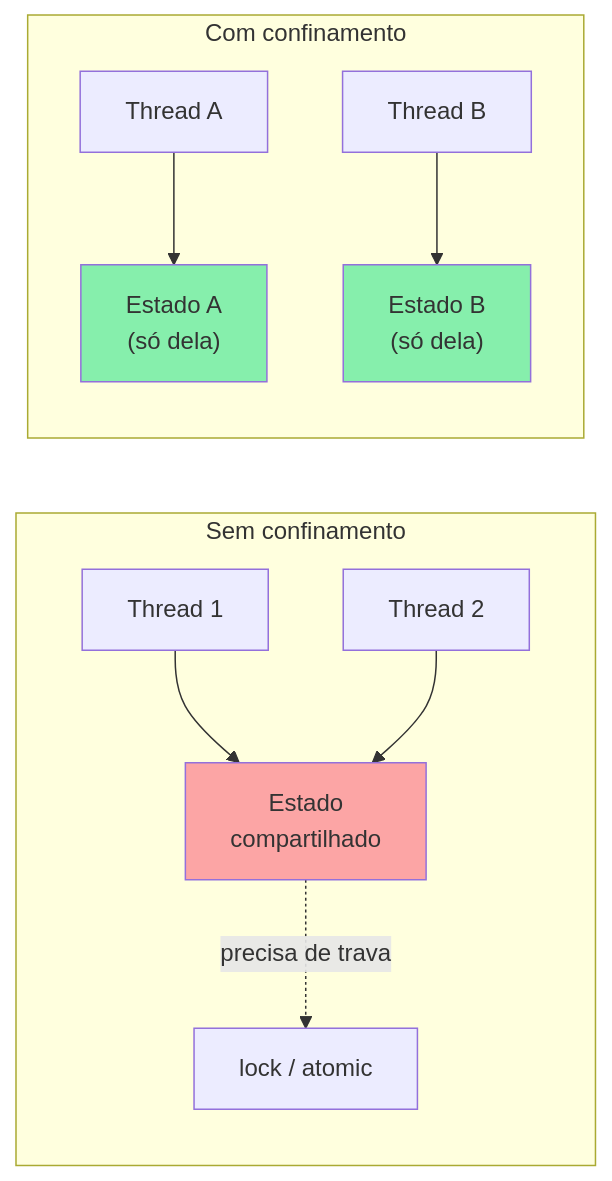
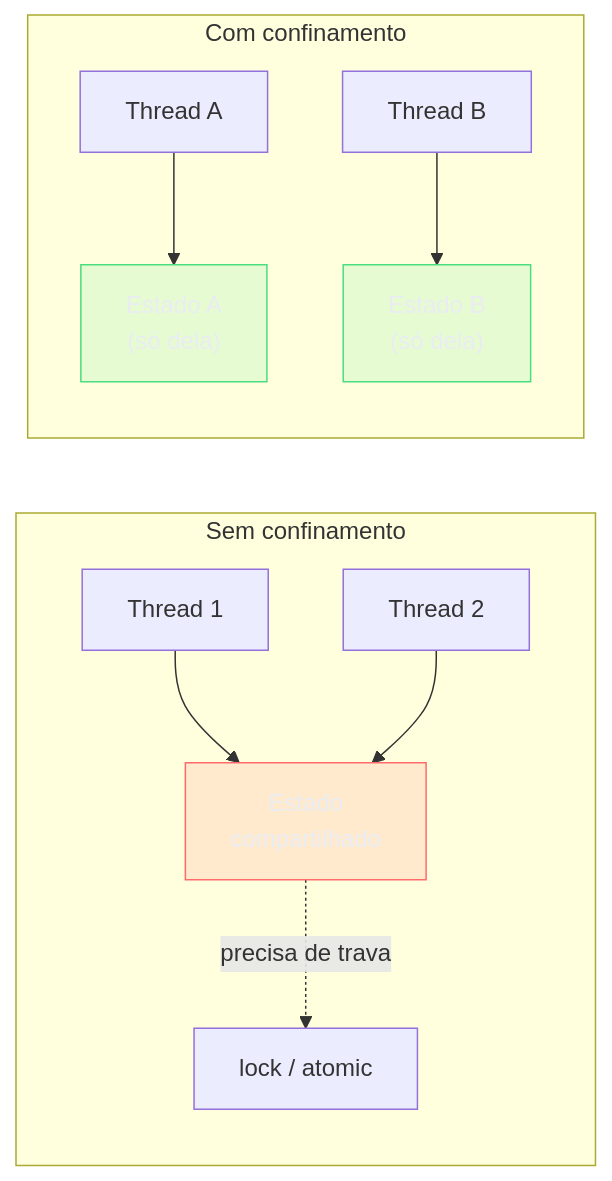
The fifth of 6 diagrams in 03-Dominios/Ciência/Concorrência e Paralelismo/03 - Estado compartilhado e race conditions.md (josenaldo/codex-technomanticus), drawn with Mermaid before and after one commit. The commit also changed other lines of this file and 1181 other files, not shown here.

First line of the commit message:
fix(diagramas): paleta do sistema no lugar de cor cravada no markdown

````diff
--- a/03-Dominios/Ciência/Concorrência e Paralelismo/03 - Estado compartilhado e race conditions.md
+++ b/03-Dominios/Ciência/Concorrência e Paralelismo/03 - Estado compartilhado e race conditions.md
@@ -240,17 +244,19 @@
 ```mermaid
 flowchart LR
+    classDef falha fill:#FF6B6B24,stroke:#FF6B6B,color:#E9ECF2
+    classDef ok fill:#4ADE8021,stroke:#4ADE80,color:#E9ECF2
     subgraph SEM["Sem confinamento"]
         T1["Thread 1"] --> E["Estado<br/>compartilhado"]
         T2["Thread 2"] --> E
         E -.->|"precisa de trava"| LOCK["lock / atomic"]
     end
 
     subgraph COM["Com confinamento"]
         TA["Thread A"] --> EA["Estado A<br/>(só dela)"]
         TB["Thread B"] --> EB["Estado B<br/>(só dela)"]
     end
 
-    style E fill:#fca5a5
-    style EA fill:#86efac
-    style EB fill:#86efac
+    class E falha
+    class EA ok
+    class EB ok
 ```
````
